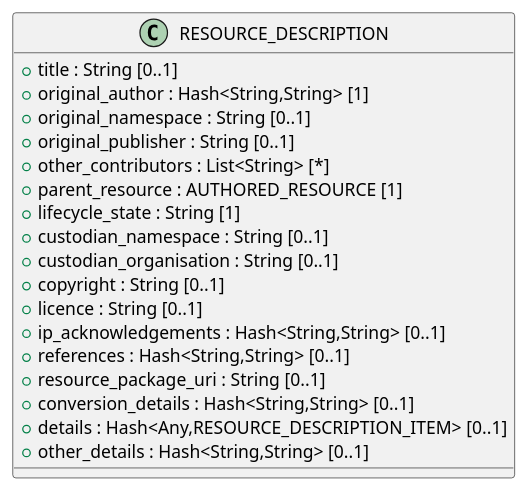
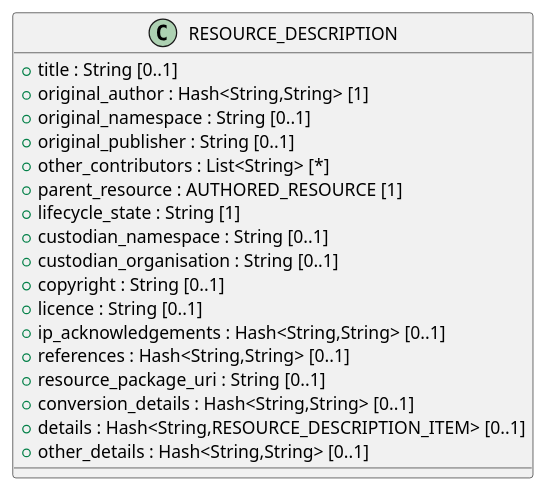
Before and after one commit to sebastian-iancu/code-generator: the diagram in code/Adoc/openehr_base_1.3.0/plantUML/classes/resource_description.adoc, drawn with PlantUML. The commit also changed 421 other files, not shown here.

```diff
--- a/code/Adoc/openehr_base_1.3.0/plantUML/classes/resource_description.adoc
+++ b/code/Adoc/openehr_base_1.3.0/plantUML/classes/resource_description.adoc
@@ -1,27 +1,27 @@
 [plantuml,RESOURCE_DESCRIPTION,format=svg]
 -----
 @startuml
 
 class RESOURCE_DESCRIPTION {
   + title : String [0..1]
   + original_author : Hash<String,String> [1]
   + original_namespace : String [0..1]
   + original_publisher : String [0..1]
   + other_contributors : List<String> [*]
   + parent_resource : AUTHORED_RESOURCE [1]
   + lifecycle_state : String [1]
   + custodian_namespace : String [0..1]
   + custodian_organisation : String [0..1]
   + copyright : String [0..1]
   + licence : String [0..1]
   + ip_acknowledgements : Hash<String,String> [0..1]
   + references : Hash<String,String> [0..1]
   + resource_package_uri : String [0..1]
   + conversion_details : Hash<String,String> [0..1]
-  + details : Hash<Any,RESOURCE_DESCRIPTION_ITEM> [0..1]
+  + details : Hash<String,RESOURCE_DESCRIPTION_ITEM> [0..1]
   + other_details : Hash<String,String> [0..1]
 }
 
 
 @enduml
 -----
```
